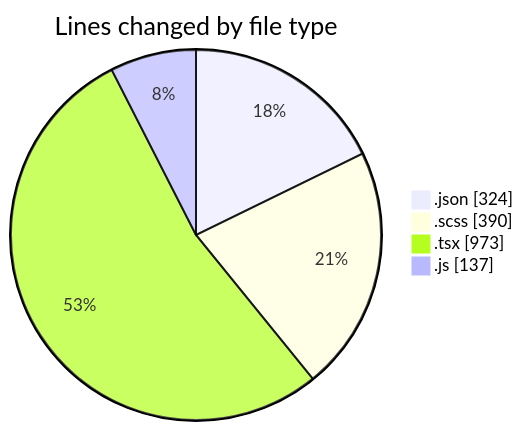
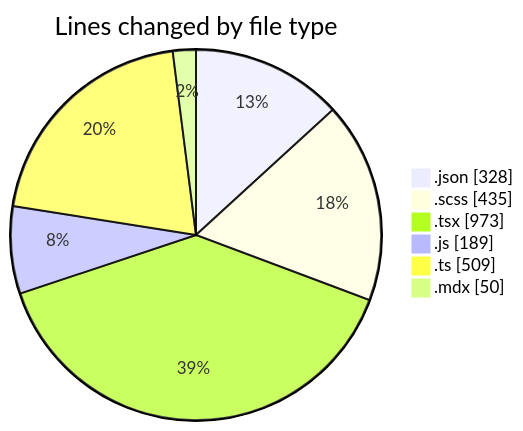
One commit to momahboobian/code-tracking changed the first of 2 diagrams in 2026-04-20/cda/README.md. Above: the diagram before and after it, drawn with Mermaid. The commit also changed other lines of this file and 1 other file, not shown here.

````diff
--- a/2026-04-20/cda/README.md
+++ b/2026-04-20/cda/README.md
@@ -29,8 +32,10 @@
 ```mermaid
 pie showData
 title Lines changed by file type
-".json" : 324
-".scss" : 390
+".json" : 328
+".scss" : 435
 ".tsx" : 973
-".js" : 137
+".js" : 189
+".ts" : 509
+".mdx" : 50
 ```
````
